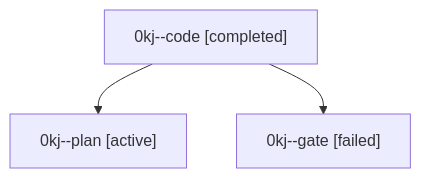
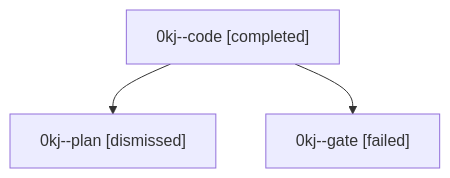
Before and after one commit to bobs-org/bob-cli--agents: the diagram in sessions/bbugyi200.athena.0kj.md, drawn with Mermaid. The commit also changed other lines of this file and 12 other files, not shown here.

````diff
--- a/sessions/bbugyi200.athena.0kj.md
+++ b/sessions/bbugyi200.athena.0kj.md
@@ -9,8 +9,8 @@
 ```mermaid
 flowchart TD
   n0["0kj--code [completed]"]
-  n1["0kj--plan [active]"]
+  n1["0kj--plan [dismissed]"]
   n0 --> n1
   n2["0kj--gate [failed]"]
   n0 --> n2
 ```
````
